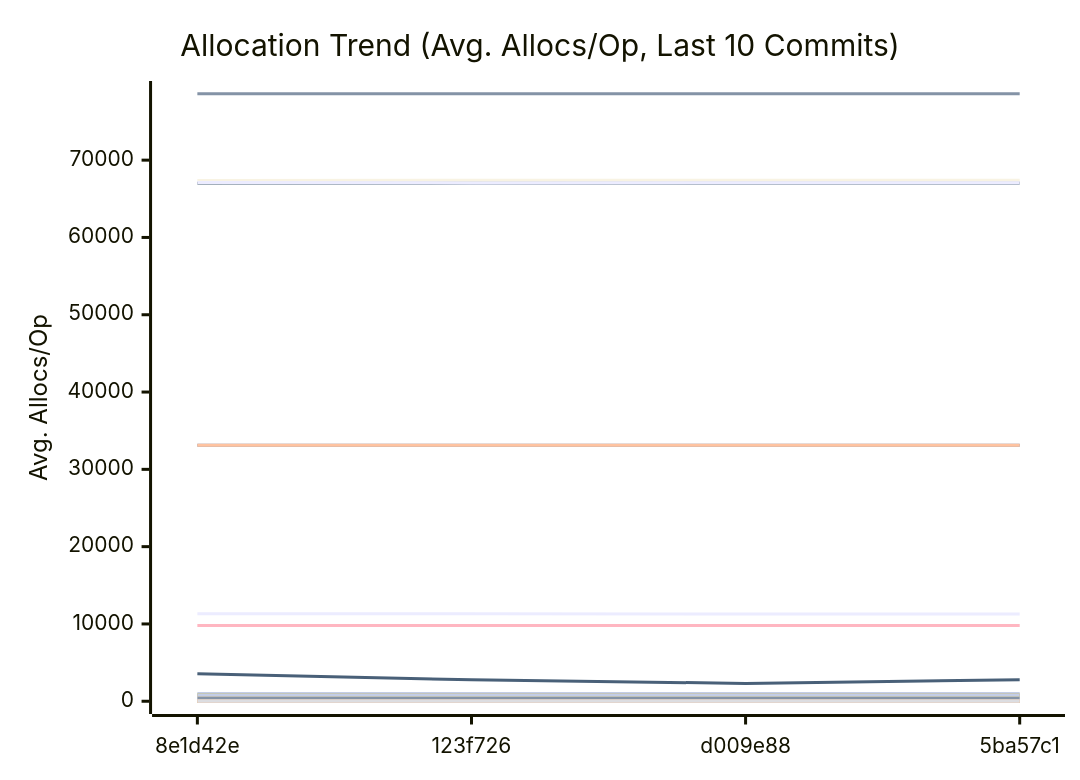
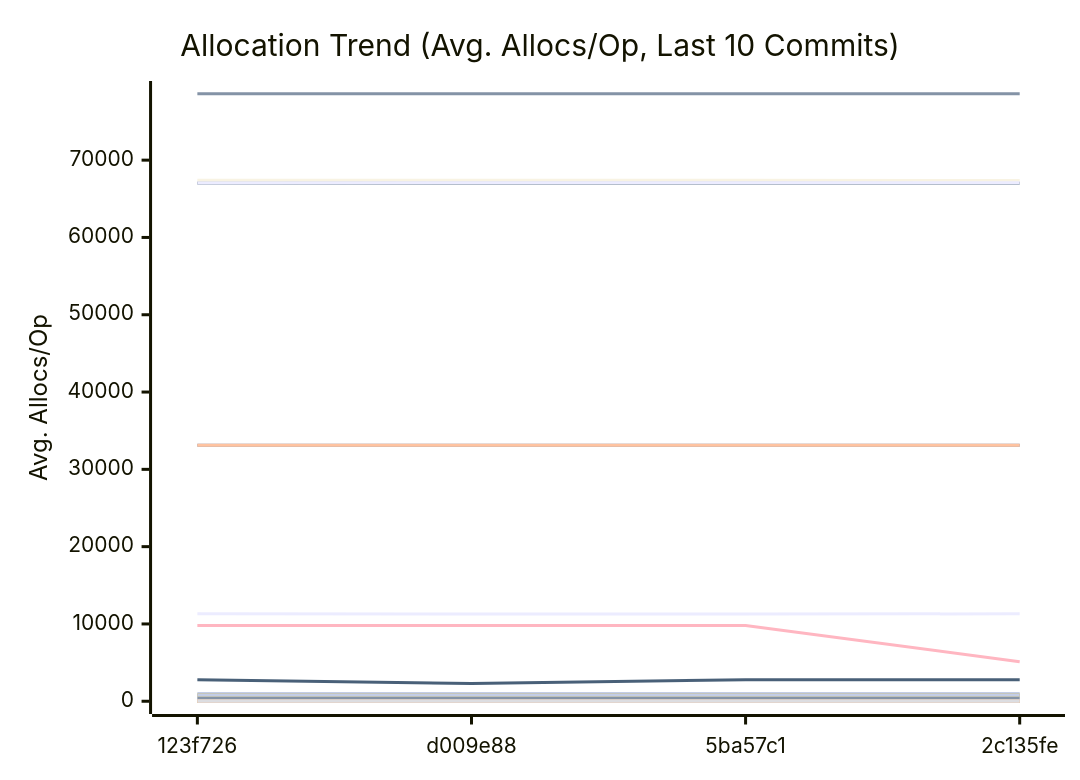
Before and after one commit to alsotoes/momo: the third of 3 diagrams in docs/PERFORMANCE.md, drawn with Mermaid. The commit also changed other lines of this file and 2 other files, not shown here.

````diff
--- a/docs/PERFORMANCE.md
+++ b/docs/PERFORMANCE.md
@@ -360,44 +360,44 @@
 ```mermaid
 xychart-beta
     title "Allocation Trend (Avg. Allocs/Op, Last 10 Commits)"
     x-axis "Commit"
     y-axis "Avg. Allocs/Op"
-    x-axis [8e1d42e,123f726,d009e88,5ba57c1]
-    line "AWSChunkedReaderSigned" [11316,11313,11300,11299,11305,11315,11352,11288,11282,11307]
-    line "AWSChunkedReaderUnsigned" [78588,78582,78589,78575,78586,78603,78609,78561,78569,78579]
+    x-axis [123f726,d009e88,5ba57c1,2c135fe]
+    line "AWSChunkedReaderSigned" [11313,11300,11299,11305,11315,11352,11288,11282,11307,11314]
+    line "AWSChunkedReaderUnsigned" [78582,78589,78575,78586,78603,78609,78561,78569,78579,78587]
     line "CheckMetricsAndSwap" [0,0,0,0,0,0,0,0,0,0]
     line "CrushOptimized" [0,0,0,0,0,0,0,0,0,0]
     line "CrushOriginal" [3,3,3,3,3,3,3,3,3,3]
     line "FormatListObjectsV2XML_AppendFormat" [16,16,16,16,16,16,16,16,16,16]
     line "FormatListObjectsV2XML_OldFormat" [1000,1000,1000,1000,1000,1000,1000,1000,1000,1000]
     line "HashBytes/1MiB" [64,64,64,64,64,64,64,64,64,64]
     line "HashBytes/256MiB" [64,64,64,64,64,64,64,64,64,64]
     line "HashBytes/64MiB" [64,64,64,64,64,64,64,64,64,64]
     line "HashFile/1MiB" [33128,33128,33128,33128,33128,33128,33128,33128,33128,33128]
     line "HashFile/256MiB" [33128,33128,33128,33128,33128,33128,33128,33128,33128,33128]
     line "HashFile/64MiB" [33128,33128,33128,33128,33128,33128,33128,33128,33128,33128]
     line "IndexDirectTracking" [0,0,0,0,0,0,0,0,0,0]
     line "IndexSearch" [0,0,0,0,0,0,0,0,0,0]
     line "LastModifiedHeader_AppendFormat" [0,0,0,0,0,0,0,0,0,0]
     line "LastModifiedHeader_Format" [1,1,1,1,1,1,1,1,1,1]
     line "LoadGlobalConfig" [58,58,58,58,58,58,58,58,58,58]
-    line "LocalWrite/1MiB" [67032,67034,67035,67028,67030,67029,67036,67031,67028,67030]
-    line "LocalWrite/256MiB" [67369,67393,67386,67388,67358,67330,67465,67275,67218,67324]
-    line "LocalWrite/64MiB" [67107,67056,67086,67077,67086,67071,67103,67070,67080,67067]
+    line "LocalWrite/1MiB" [67034,67035,67028,67030,67029,67036,67031,67028,67030,67033]
+    line "LocalWrite/256MiB" [67393,67386,67388,67358,67330,67465,67275,67218,67324,67356]
+    line "LocalWrite/64MiB" [67056,67086,67077,67086,67071,67103,67070,67080,67067,67089]
     line "PadString" [1,1,1,1,1,1,1,1,1,1]
     line "ParseReplicationOrder_NoPrealloc" [6,6,6,6,6,5,5,5,5,5]
     line "ParseReplicationOrder_Prealloc" [2,2,2,2,2,1,1,1,1,1]
     line "Placement" [6,6,6,6,6,6,6,6,6,6]
     line "PlacementDomainSpread" [6,6,6,6,6,6,6,6,6,6]
-    line "ReadVerify/1MiB" [467,465,462,461,460,460,484,458,466,460]
-    line "ReadVerify/256MiB" [9808,9808,9808,9808,5120,5120,9808,9808,5120,5120]
-    line "ReadVerify/64MiB" [3557,2776,2307,2776,2776,2776,2776,2307,2307,2307]
+    line "ReadVerify/1MiB" [465,462,461,460,460,484,458,466,460,436]
+    line "ReadVerify/256MiB" [9808,9808,9808,5120,5120,9808,9808,5120,5120,9808]
+    line "ReadVerify/64MiB" [2776,2307,2776,2776,2776,2776,2307,2307,2307,2776]
     line "S3PutSpool/1MiB" [447,447,447,447,447,447,447,447,447,447]
     line "S3PutSpool/256MiB" [448,448,448,448,448,448,448,448,448,448]
-    line "S3PutSpool/64MiB" [448,448,448,446,448,448,448,448,448,448]
+    line "S3PutSpool/64MiB" [448,448,446,448,448,448,448,448,448,448]
     line "SanitizeLog/Safe" [0,0,0,0,0,0,0,0,0,0]
     line "SanitizeLog/Unsafe" [1,1,1,1,1,1,1,1,1,1]
-    line "TrustedRead/1MiB" [834,800,800,800,800,830,800,827,800,800]
+    line "TrustedRead/1MiB" [800,800,800,800,830,800,827,800,800,800]
     line "TrustedRead/256MiB" [800,800,800,800,800,800,800,800,800,800]
     line "TrustedRead/64MiB" [800,800,800,800,800,800,800,800,800,800]
 ```
````
